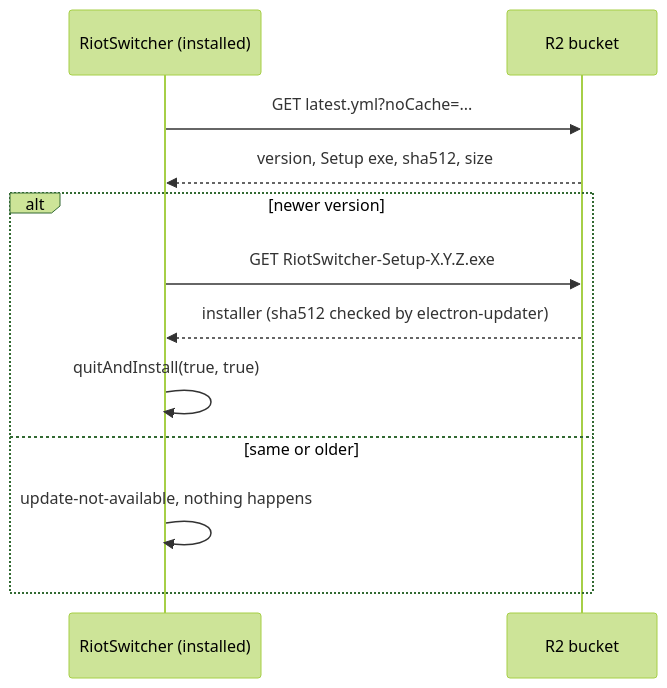
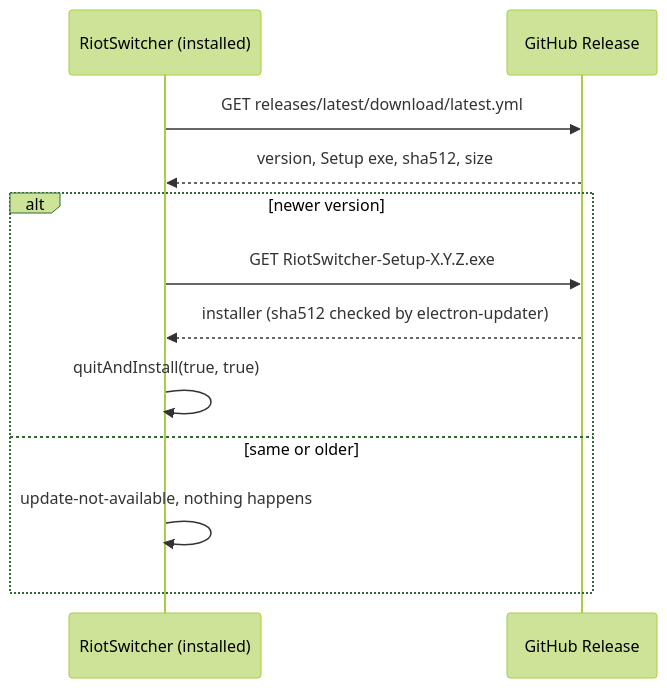
Before and after one commit to yassine808/RiotSwitcher: the second of 3 diagrams in docs/UPDATES.md, drawn with Mermaid (forest theme). The commit also changed other lines of this file and 18 other files, not shown here.

First line of the commit message:
Switch auto-updates from Cloudflare R2 to GitHub Releases

````diff
--- a/docs/UPDATES.md
+++ b/docs/UPDATES.md
@@ -165,14 +133,14 @@
 ```mermaid
 sequenceDiagram
   participant App as RiotSwitcher (installed)
-  participant R2 as R2 bucket
-  App->>R2: GET latest.yml?noCache=...
-  R2-->>App: version, Setup exe, sha512, size
+  participant GH as GitHub Release
+  App->>GH: GET releases/latest/download/latest.yml
+  GH-->>App: version, Setup exe, sha512, size
   alt newer version
-    App->>R2: GET RiotSwitcher-Setup-X.Y.Z.exe
-    R2-->>App: installer (sha512 checked by electron-updater)
+    App->>GH: GET RiotSwitcher-Setup-X.Y.Z.exe
+    GH-->>App: installer (sha512 checked by electron-updater)
     App->>App: quitAndInstall(true, true)
   else same or older
     App->>App: update-not-available, nothing happens
   end
 ```
````
